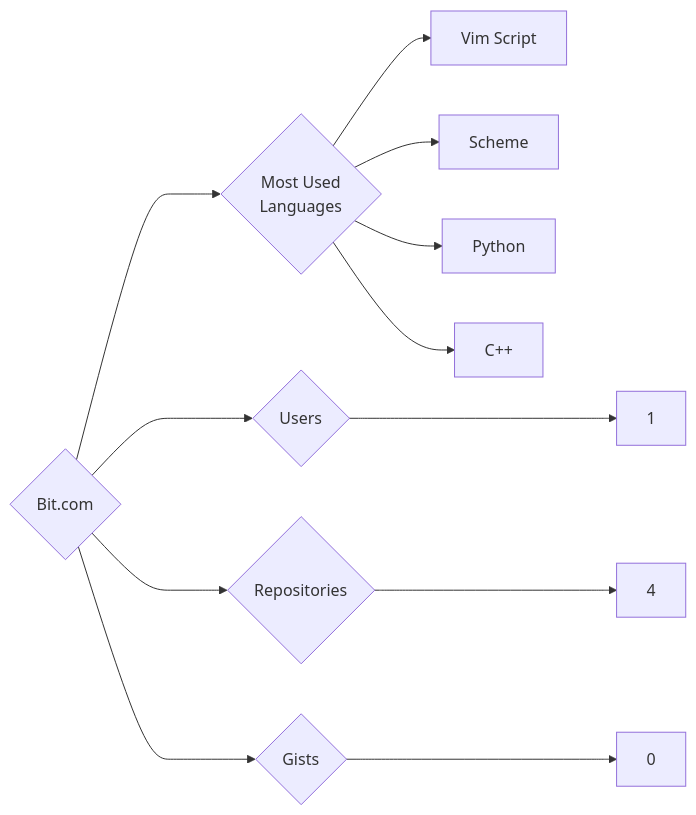
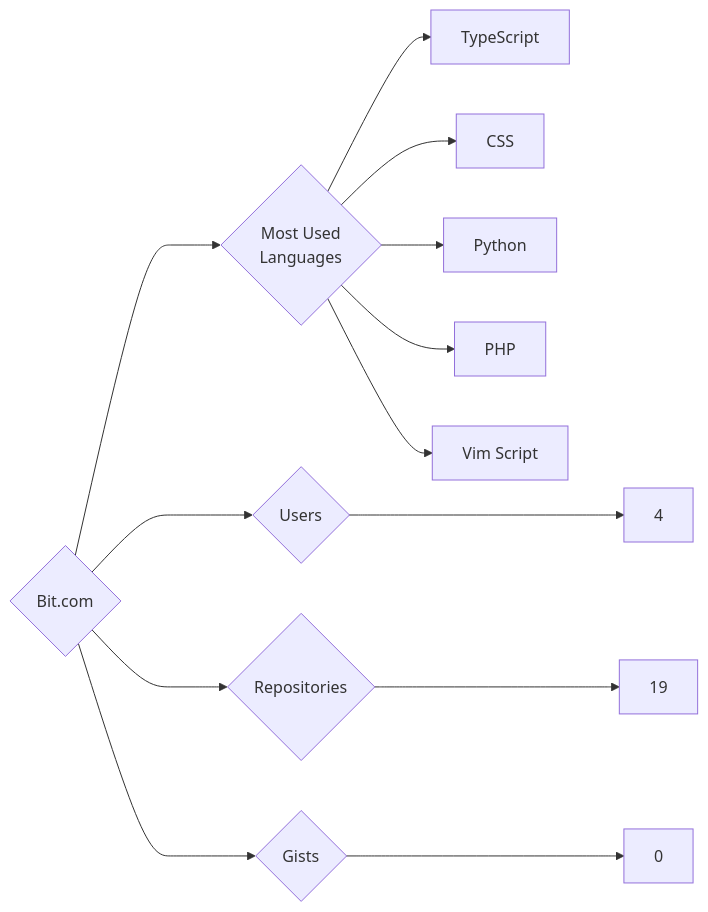
The diagram in targets/Bit.com/README.md (trickest/insiders), drawn with Mermaid before and after one commit. The commit also changed 912 other files, not shown here.

````diff
--- a/targets/Bit.com/README.md
+++ b/targets/Bit.com/README.md
@@ -3,12 +3,13 @@
 ```mermaid
 graph LR
 COMPANY_NAME{Bit.com}
-COMPANY_NAME ---> U{Users} ---> UN[1]
-COMPANY_NAME ---> R{Repositories} ---> RN[4]
+COMPANY_NAME ---> U{Users} ---> UN[4]
+COMPANY_NAME ---> R{Repositories} ---> RN[19]
 COMPANY_NAME ---> G{Gists} ---> GN[0]
 COMPANY_NAME ---> ML{Most Used<br>Languages}
+ML --> TypeScript[TypeScript]
+ML --> CSS[CSS]
+ML --> Python[Python]
+ML --> PHP[PHP]
 ML --> Vim_Script[Vim Script]
-ML --> Scheme[Scheme]
-ML --> Python[Python]
-ML --> C++[C++]
 ```
````
